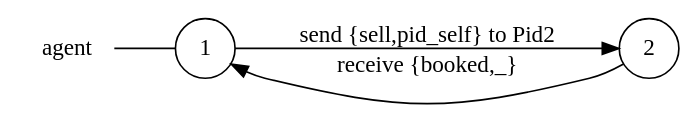
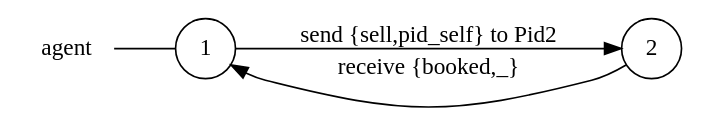
Before and after one commit to gabrielegenovese/chorer: the diagram in examples/airline/agent_local_view.dot, drawn with Graphviz. The commit also changed 36 other files, not shown here.

```diff
--- a/examples/airline/agent_local_view.dot
+++ b/examples/airline/agent_local_view.dot
@@ -1,10 +1,10 @@
 digraph agent {
 	rankdir="LR";
 	n_0 [label="agent", shape="plaintext"];
 	n_1 [id="1", shape=circle, label="1"];
 	n_0 -> n_1 [arrowhead=none];
-	n_2 [id="2", shape=circle, label="2"];
+	n_2 [id="3", shape=circle, label="2"];
 
+	n_1 -> n_2 [id="[$e|1]", label="send {sell,pid_self} to Pid2"];
 	n_2 -> n_1 [id="[$e|3]", label="receive {booked,_}"];
-	n_1 -> n_2 [id="[$e|0]", label="send {sell,pid_self} to Pid2"];
 }
```
